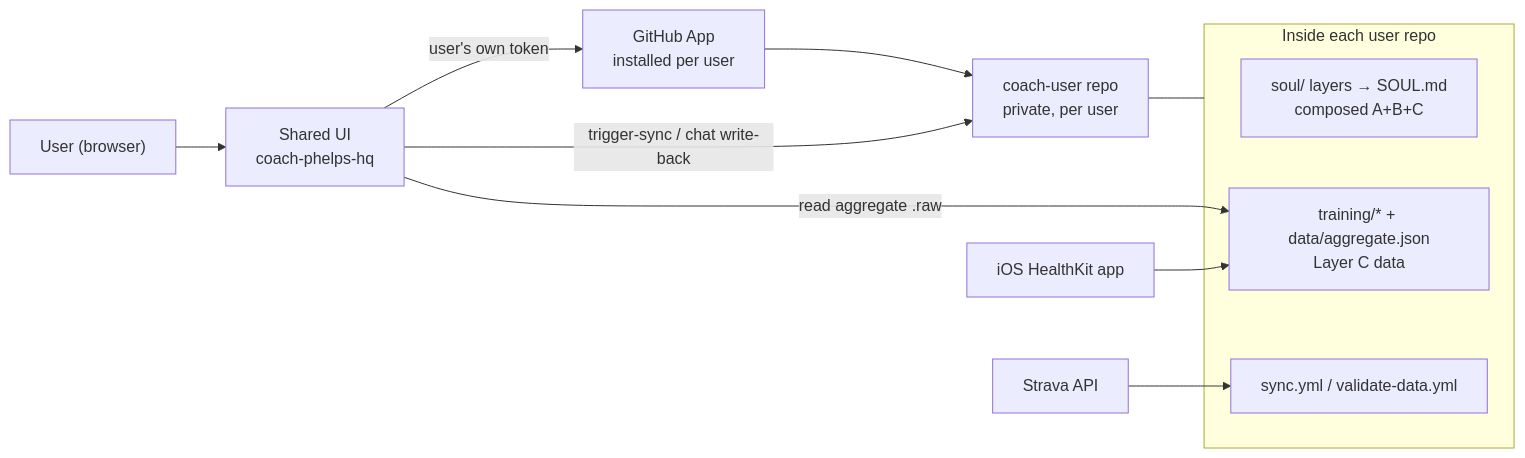
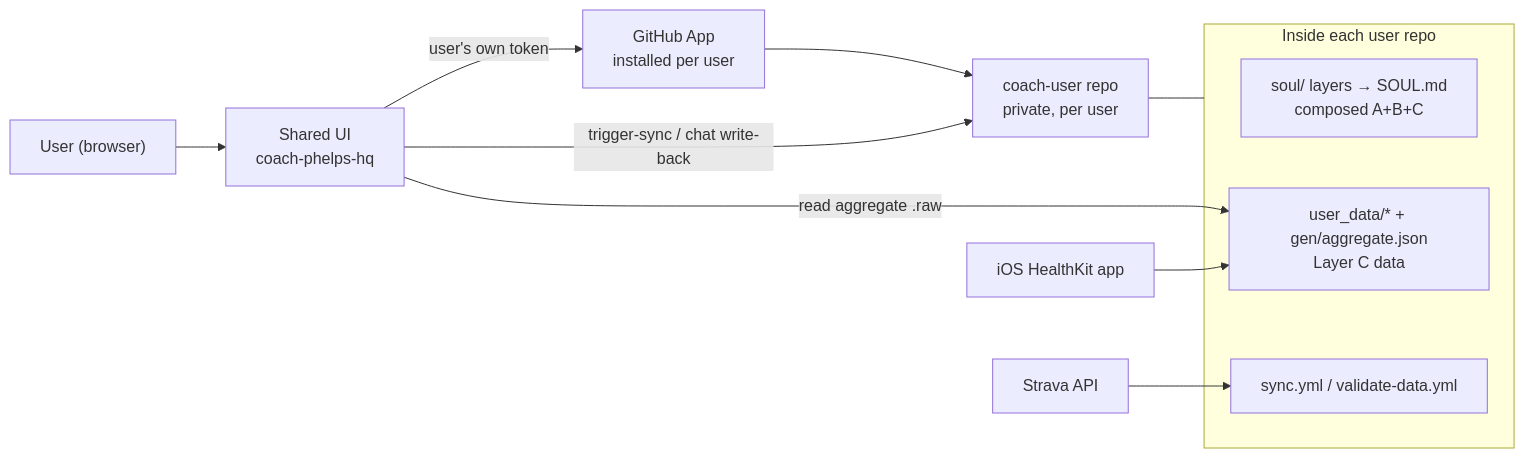
One commit to sibling-shipyard/coach-hq changed the first of 7 diagrams in docs/eng-docs/scaling-plan.md. Above: the diagram before and after it, drawn with Mermaid. The commit also changed other lines of this file and 10 other files, not shown here.

````diff
--- a/docs/eng-docs/scaling-plan.md
+++ b/docs/eng-docs/scaling-plan.md
@@ -53,16 +53,16 @@
 ```mermaid
 flowchart LR
   user["User (browser)"] --> ui["Shared UI<br/>coach-phelps-hq"]
   ui -->|user's own token| app["GitHub App<br/>installed per user"]
   app --> repo["coach-user repo<br/>private, per user"]
   subgraph repo_contents["Inside each user repo"]
     soul["soul/ layers → SOUL.md<br/>composed A+B+C"]
-    cdata["training/* + data/aggregate.json<br/>Layer C data"]
+    cdata["user_data/* + gen/aggregate.json<br/>Layer C data"]
     wf["sync.yml / validate-data.yml"]
   end
   repo --- repo_contents
   ui -->|read aggregate .raw| cdata
   ui -->|trigger-sync / chat write-back| repo
   strava["Strava API"] --> wf
   ios["iOS HealthKit app"] --> cdata
 ```
````
